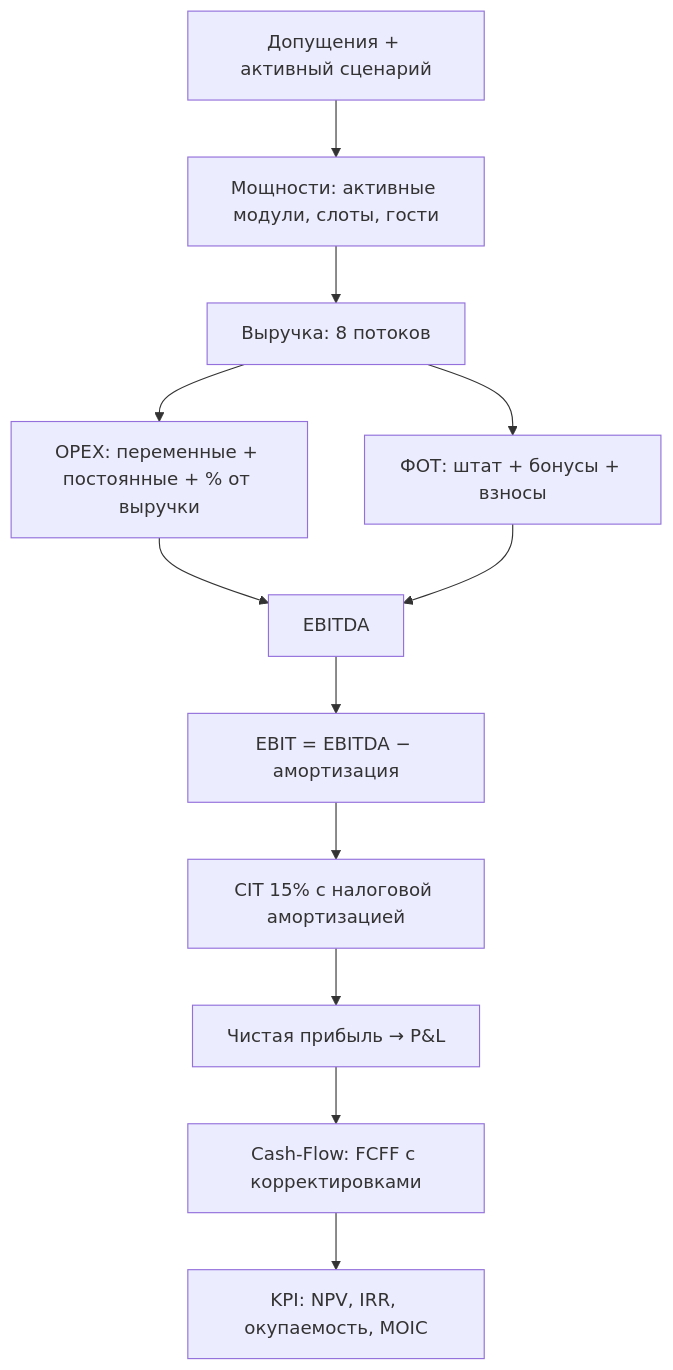
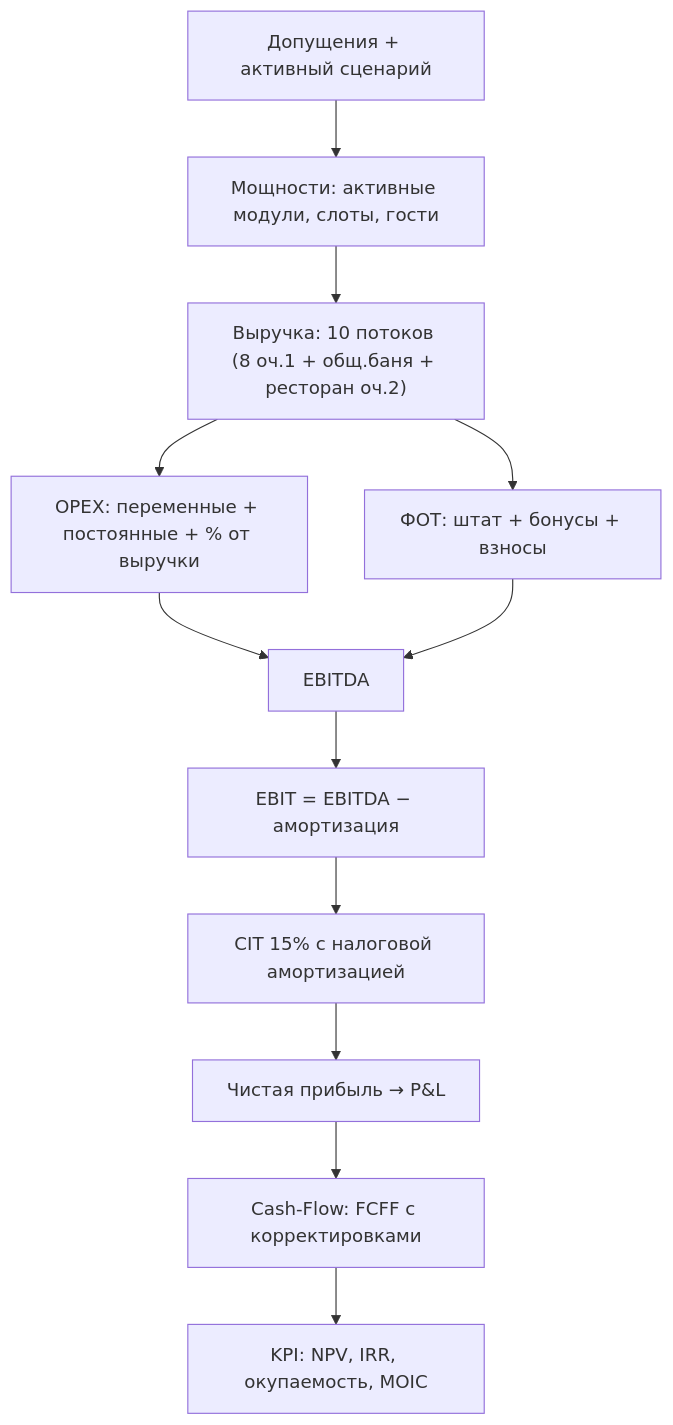
One commit to ampulex-23/aura-hills-finmodel changed the second of 6 diagrams in src/docs/model-guide.md. Above: the diagram before and after it, drawn with Mermaid. The commit also changed other lines of this file and 20 other files, not shown here.

````diff
--- a/src/docs/model-guide.md
+++ b/src/docs/model-guide.md
@@ -53,14 +61,14 @@
 ```mermaid
 flowchart TD
     A["Допущения + активный сценарий"] --> B["Мощности: активные модули, слоты, гости"]
-    B --> C["Выручка: 8 потоков"]
+    B --> C["Выручка: 10 потоков (8 оч.1 + общ.баня + ресторан оч.2)"]
     C --> D["OPEX: переменные + постоянные + % от выручки"]
     C --> E["ФОТ: штат + бонусы + взносы"]
     D --> F["EBITDA"]
     E --> F
     F --> G["EBIT = EBITDA − амортизация"]
     G --> H["CIT 15% с налоговой амортизацией"]
     H --> I["Чистая прибыль → P&L"]
     I --> J["Cash-Flow: FCFF с корректировками"]
     J --> K["KPI: NPV, IRR, окупаемость, MOIC"]
 ```
````
